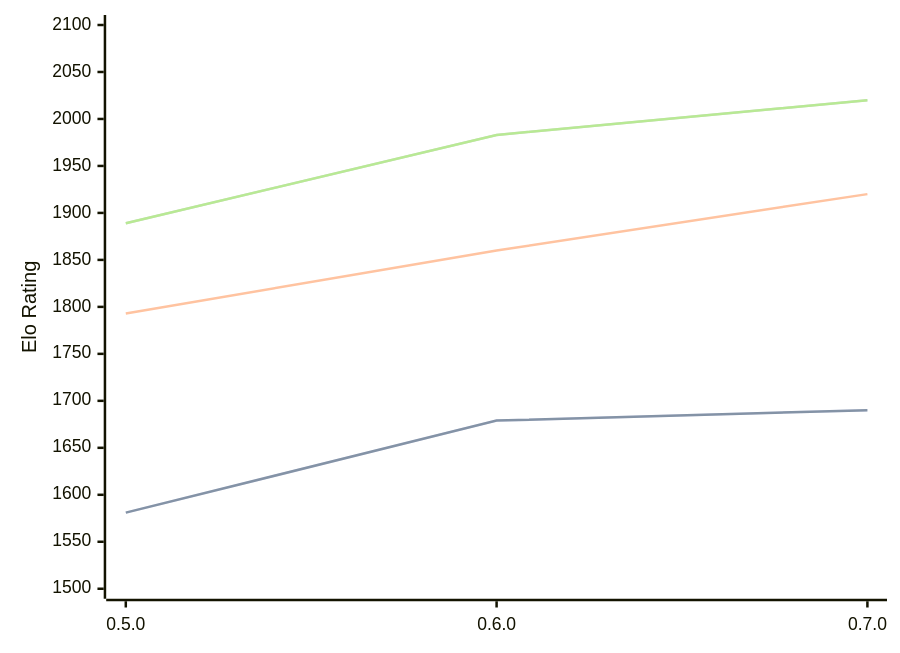
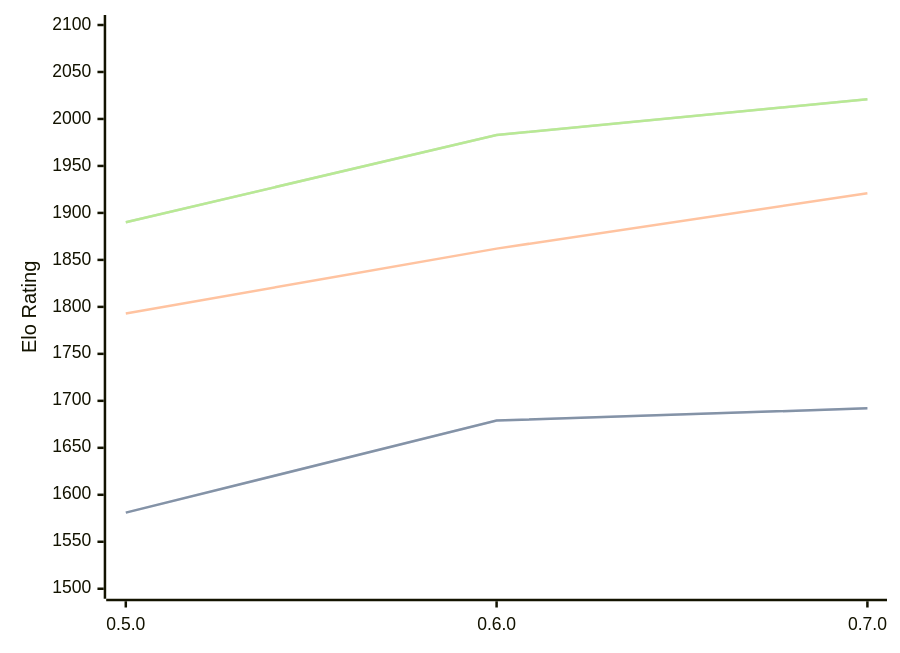
The diagram in engines/Chess-rs.md (computer-chess-index/cci), drawn with Mermaid before and after one commit. The commit also changed other lines of this file, not shown here.

Commit message:
Update CCI Ratings (ELO VLTC) - 2026-09-01

````diff
--- a/engines/Chess-rs.md
+++ b/engines/Chess-rs.md
@@ -33,11 +33,11 @@
 ```mermaid
 %%{init: {"theme":"base","themeVariables":{"seriesColors:['#a3a3a3','#222221','#faa371']}}}%%
 xychart-beta
   x-axis ["0.5.0", "0.6.0", "0.7.0"]
   y-axis "Elo Rating" 1500 --> 2100
-  line "" [1581, 1679, 1690]
-  line "STC (8.0+0.08s)" [1581, 1679, 1690]
-  line "LTC (60.0+0.60s)" [1793, 1860, 1920]
-  line "" [1889, 1983, 2020]
-  line "VLTC (2m24s+1.12s)" [1889, 1983, 2020]
+  line "" [1581, 1679, 1692]
+  line "STC (8.0+0.08s)" [1581, 1679, 1692]
+  line "LTC (60.0+0.60s)" [1793, 1862, 1921]
+  line "" [1890, 1983, 2021]
+  line "VLTC (2m24s+1.12s)" [1890, 1983, 2021]
 ```
````
